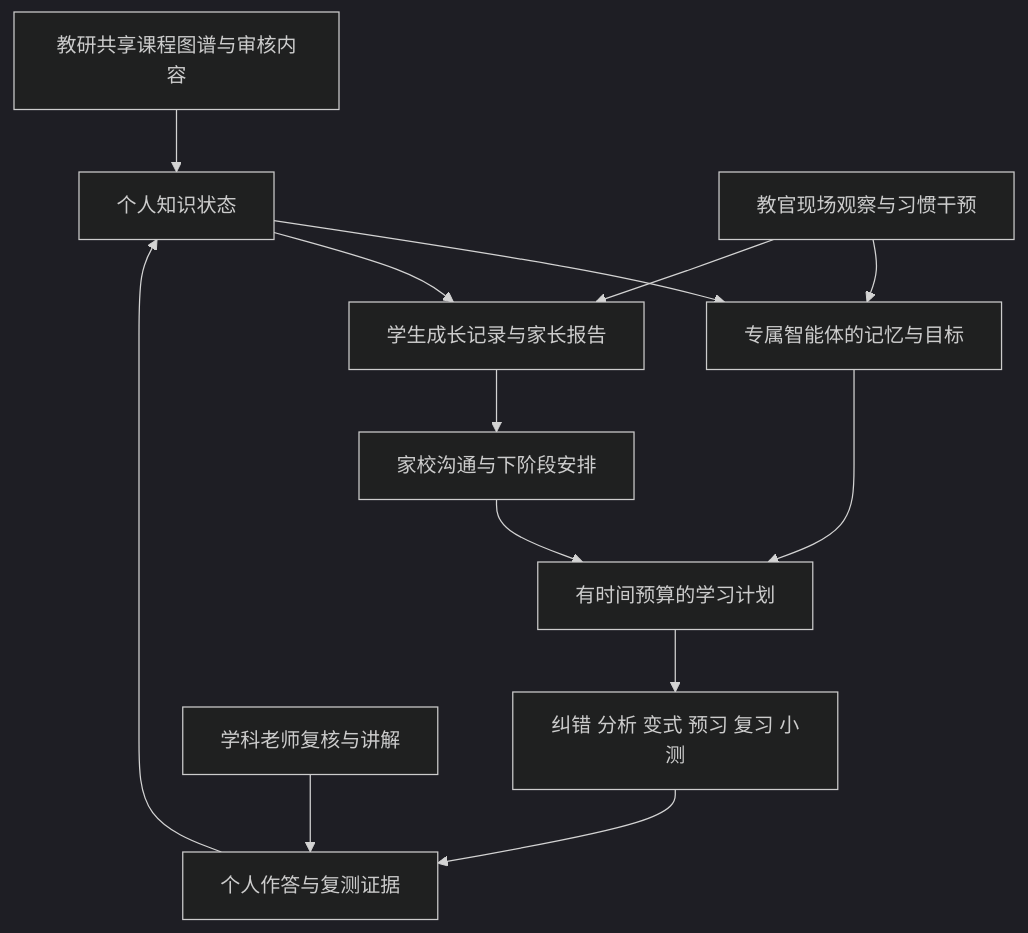
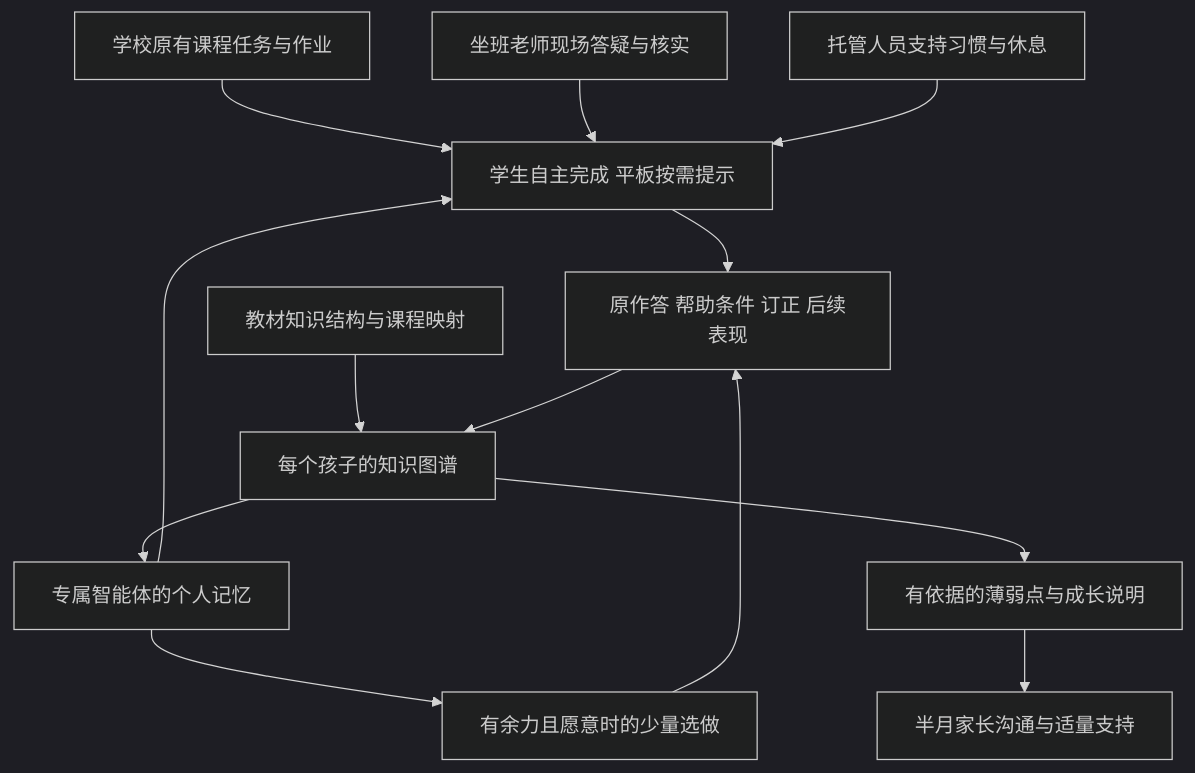
The diagram in blueprint-v3/00-产品总纲与开发入口.md (2530185073/XueBan), drawn with Mermaid (dark theme) before and after one commit. The commit also changed other lines of this file and 24 other files, not shown here.

````diff
--- a/blueprint-v3/00-产品总纲与开发入口.md
+++ b/blueprint-v3/00-产品总纲与开发入口.md
@@ -28,15 +28,15 @@
 ```mermaid
 flowchart TB
-  K[教研共享课程图谱与审核内容] --> G[个人知识状态]
-  E[个人作答与复测证据] --> G
-  B[教官现场观察与习惯干预] --> M[专属智能体的记忆与目标]
-  G --> M
-  M --> P[有时间预算的学习计划]
-  P --> A[纠错 分析 变式 预习 复习 小测]
-  A --> E
-  T[学科老师复核与讲解] --> E
-  G --> R[学生成长记录与家长报告]
-  B --> R
-  R --> F[家校沟通与下阶段安排]
-  F --> P
+  S[学校原有课程任务与作业] --> A[学生自主完成 平板按需提示]
+  T[坐班老师现场答疑与核实] --> A
+  C[托管人员支持习惯与休息] --> A
+  A --> E[原作答 帮助条件 订正 后续表现]
+  K[教材知识结构与课程映射] --> G[每个孩子的知识图谱]
+  E --> G
+  G --> M[专属智能体的个人记忆]
+  M --> A
+  G --> R[有依据的薄弱点与成长说明]
+  R --> P[半月家长沟通与适量支持]
+  M --> O[有余力且愿意时的少量选做]
+  O --> E
 ```
````
